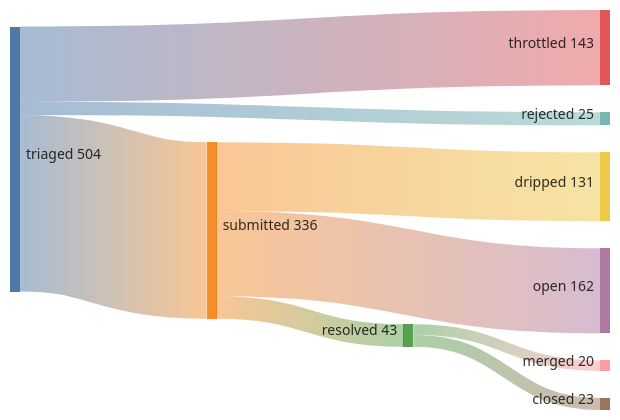
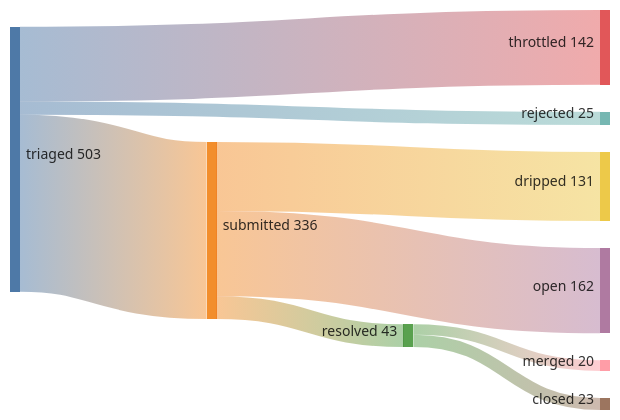
Before and after one commit to kimjune01/kimjune01: the first of 2 diagrams in README.md, drawn with Mermaid. The commit also changed other lines of this file, not shown here.

````diff
--- a/README.md
+++ b/README.md
@@ -3,11 +3,11 @@
 ```mermaid
 sankey-beta
     triaged,    submitted, 336
-    triaged,    throttled, 143
+    triaged,    throttled, 142
     triaged,    rejected,  25
     submitted,  resolved,  43
     submitted,  dripped,   131
     submitted,  open,      162
     resolved,   merged,    20
     resolved,   closed,    23
 ```
````
